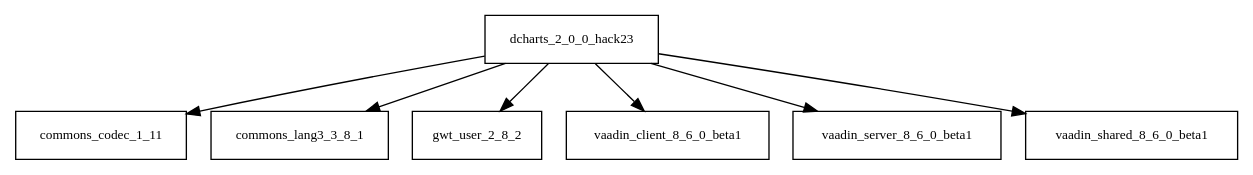
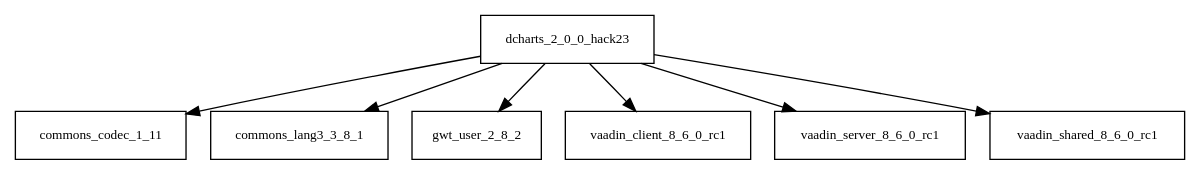
Before and after one commit to Hack23/cia: the diagram in tattleTaleReport/graphviz/dcharts-2.0.0.hack23.jar/dcharts-2.0.0.hack23.jar.dot, drawn with Graphviz. The commit also changed 1393 other files, not shown here.

```diff
--- a/tattleTaleReport/graphviz/dcharts-2.0.0.hack23.jar/dcharts-2.0.0.hack23.jar.dot
+++ b/tattleTaleReport/graphviz/dcharts-2.0.0.hack23.jar/dcharts-2.0.0.hack23.jar.dot
@@ -1,9 +1,9 @@
 digraph dcharts_2_0_0_hack23_dependencies {
   node [shape = box, fontsize=10.0];
   dcharts_2_0_0_hack23 -> commons_codec_1_11;
   dcharts_2_0_0_hack23 -> commons_lang3_3_8_1;
   dcharts_2_0_0_hack23 -> gwt_user_2_8_2;
-  dcharts_2_0_0_hack23 -> vaadin_client_8_6_0_beta1;
-  dcharts_2_0_0_hack23 -> vaadin_server_8_6_0_beta1;
-  dcharts_2_0_0_hack23 -> vaadin_shared_8_6_0_beta1;
+  dcharts_2_0_0_hack23 -> vaadin_client_8_6_0_rc1;
+  dcharts_2_0_0_hack23 -> vaadin_server_8_6_0_rc1;
+  dcharts_2_0_0_hack23 -> vaadin_shared_8_6_0_rc1;
 }
```
